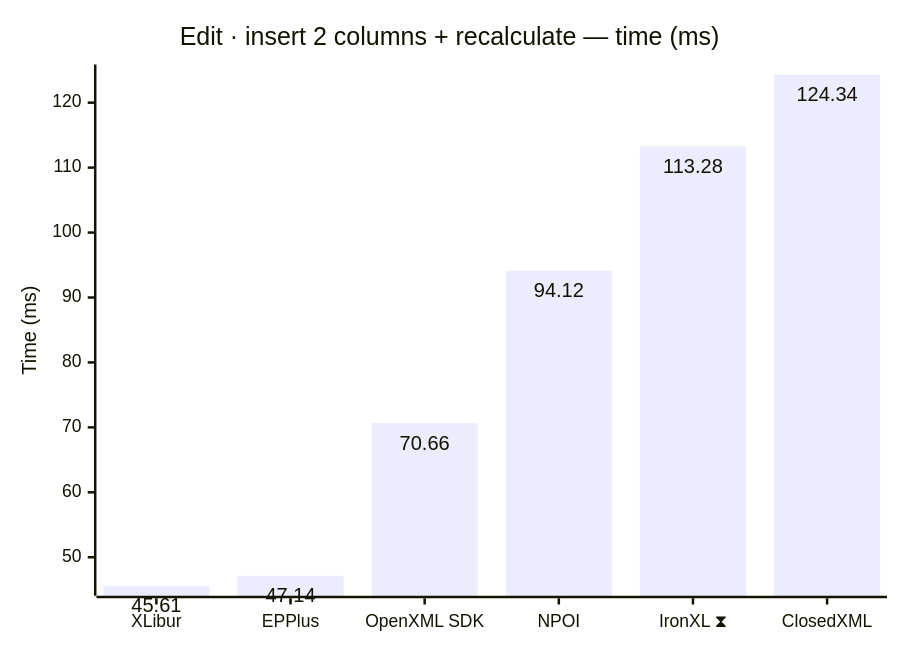
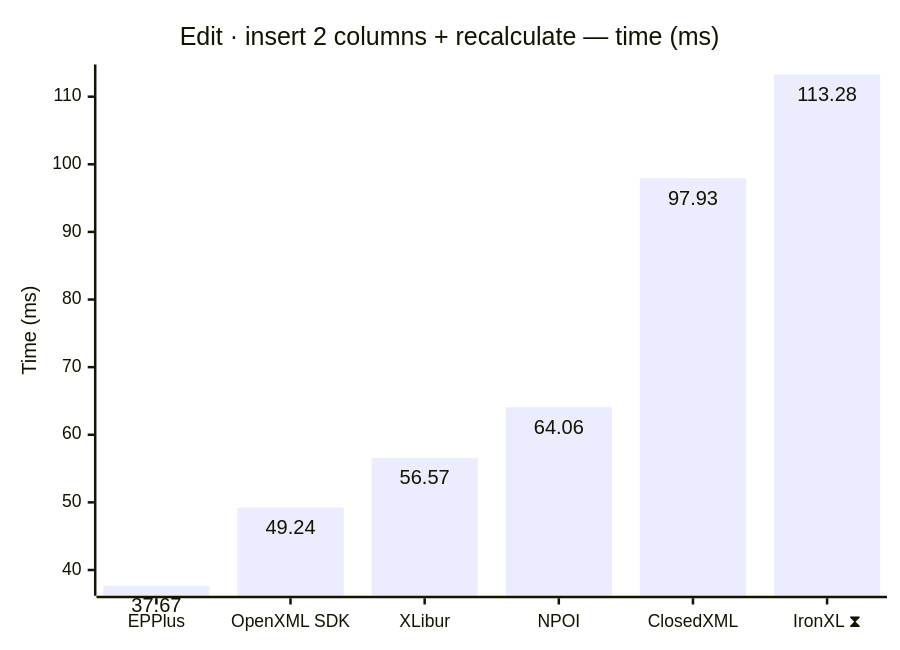
One commit to jafin/XLBench changed diagram 11 of 12 in docs/results-ci.md. Above: the diagram before and after it, drawn with Mermaid. The commit also changed other lines of this file, not shown here.

````diff
--- a/docs/results-ci.md
+++ b/docs/results-ci.md
@@ -171,12 +171,12 @@
 ```mermaid
 ---
 config:
   xyChart:
     showDataLabel: true
 ---
 xychart-beta
     title "Edit · insert 2 columns + recalculate — time (ms)"
-    x-axis ["XLibur", "EPPlus", "OpenXML SDK", "NPOI", "IronXL ⧗", "ClosedXML"]
+    x-axis ["EPPlus", "OpenXML SDK", "XLibur", "NPOI", "ClosedXML", "IronXL ⧗"]
     y-axis "Time (ms)"
-    bar [45.61, 47.14, 70.66, 94.12, 113.28, 124.34]
+    bar [37.67, 49.24, 56.57, 64.06, 97.93, 113.28]
 ```
````
